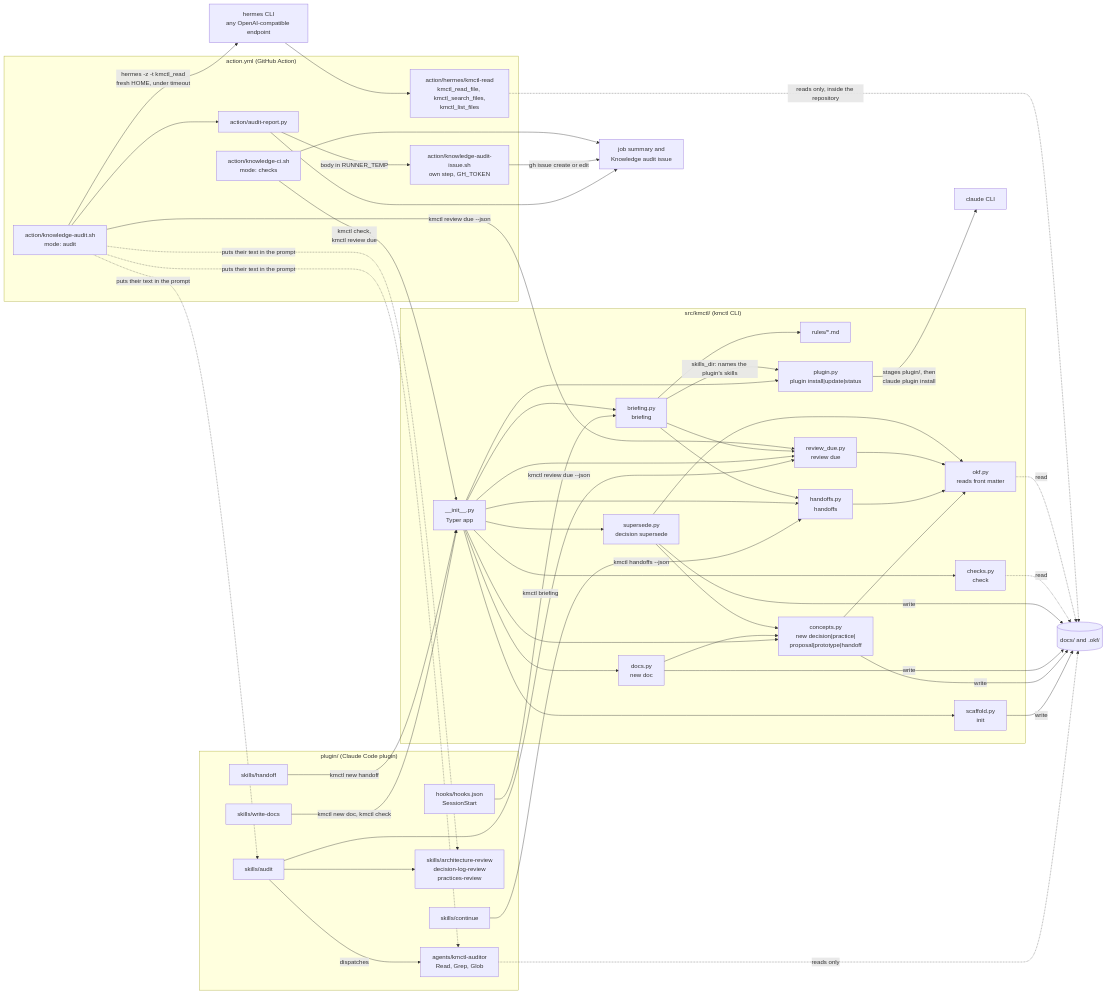
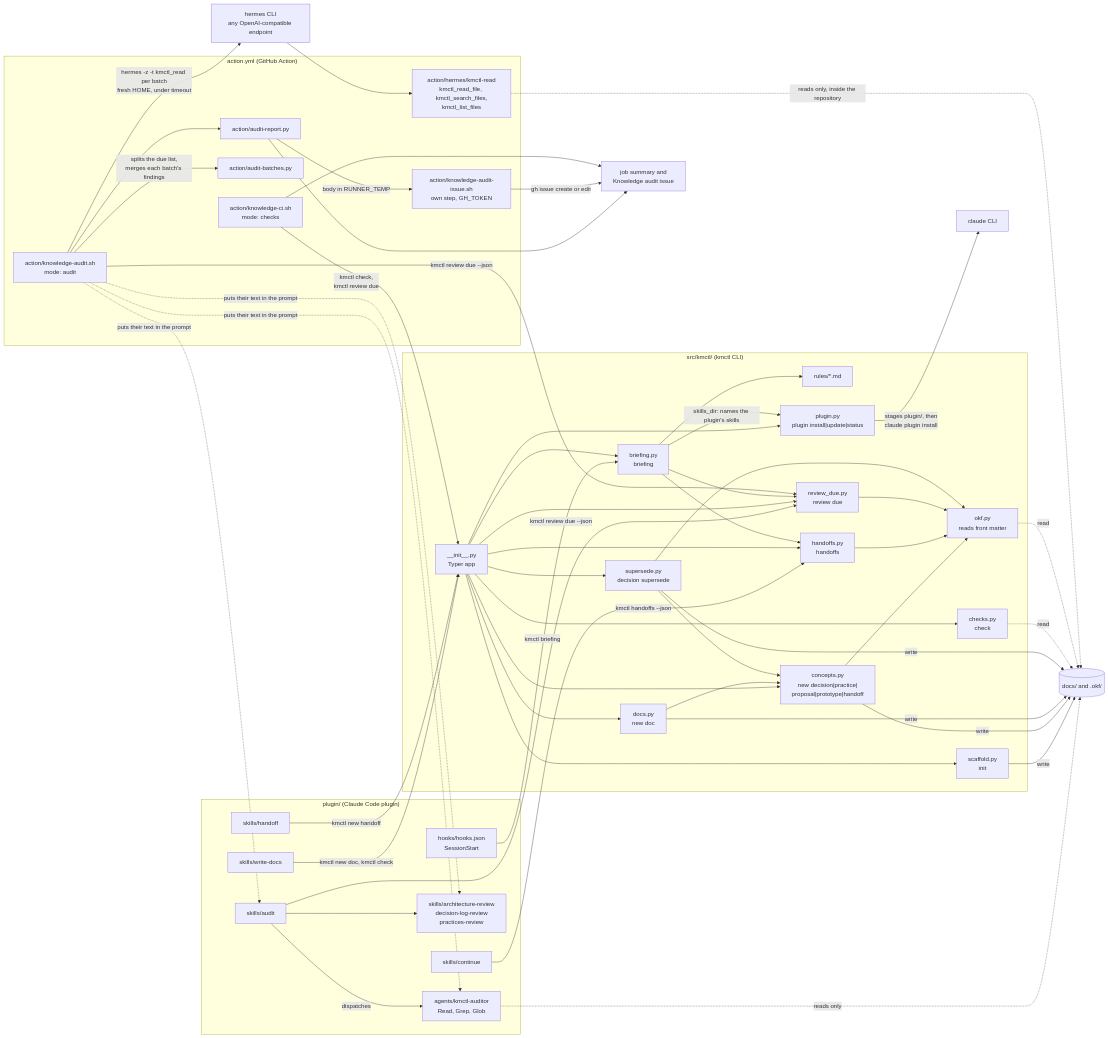
The diagram in .okf/architecture/overview.md (JasperHG90/kmctl), drawn with Mermaid before and after one commit. The commit also changed other lines of this file and 4 other files, not shown here.

First line of the commit message:
Run the Hermes audit per batch under one time budget

````diff
--- a/.okf/architecture/overview.md
+++ b/.okf/architecture/overview.md
@@ -20,69 +20,71 @@
 ```mermaid
 flowchart LR
     subgraph plugin["plugin/ (Claude Code plugin)"]
         hook["hooks/hooks.json<br/>SessionStart"]
         writeDocs["skills/write-docs"]
         handoff["skills/handoff"]
         cont["skills/continue"]
         audit["skills/audit"]
         reviews["skills/architecture-review<br/>decision-log-review<br/>practices-review"]
         auditor["agents/kmctl-auditor<br/>Read, Grep, Glob"]
     end
 
     subgraph cli["src/kmctl/ (kmctl CLI)"]
         app["__init__.py<br/>Typer app"]
         scaffold["scaffold.py<br/>init"]
         checks["checks.py<br/>check"]
         briefing["briefing.py<br/>briefing"]
         rules["rules/*.md"]
         reviewDue["review_due.py<br/>review due"]
         handoffs["handoffs.py<br/>handoffs"]
         concepts["concepts.py<br/>new decision|practice|<br/>proposal|prototype|handoff"]
         docs["docs.py<br/>new doc"]
         supersede["supersede.py<br/>decision supersede"]
         pluginPy["plugin.py<br/>plugin install|update|status"]
         okf["okf.py<br/>reads front matter"]
     end
 
     subgraph action["action.yml (GitHub Action)"]
         ci["action/knowledge-ci.sh<br/>mode: checks"]
         auditSh["action/knowledge-audit.sh<br/>mode: audit"]
+        batchesPy["action/audit-batches.py"]
         report["action/audit-report.py"]
         readTools["action/hermes/kmctl-read<br/>kmctl_read_file, kmctl_search_files,<br/>kmctl_list_files"]
         issueSh["action/knowledge-audit-issue.sh<br/>own step, GH_TOKEN"]
     end
 
     repo[("docs/ and .okf/")]
     claude["claude CLI"]
     hermes["hermes CLI<br/>any OpenAI-compatible endpoint"]
     summary["job summary and<br/>Knowledge audit issue"]
 
     hook -- "kmctl briefing" --> briefing
     writeDocs -- "kmctl new doc, kmctl check" --> app
     handoff -- "kmctl new handoff" --> app
     cont -- "kmctl handoffs --json" --> handoffs
     audit -- "kmctl review due --json" --> reviewDue
     audit --> reviews
     audit -- "dispatches" --> auditor
     auditor -. "reads only" .-> repo
 
     app --> scaffold & checks & briefing & reviewDue & handoffs & concepts & docs & supersede & pluginPy
     briefing --> reviewDue & handoffs & rules
     briefing -- "skills_dir: names the plugin's skills" --> pluginPy
     concepts & handoffs & reviewDue & supersede --> okf
     docs & supersede --> concepts
     scaffold & concepts & docs & supersede -- "write" --> repo
     checks & okf -. "read" .-> repo
     pluginPy -- "stages plugin/, then<br/>claude plugin install" --> claude
 
     ci -- "kmctl check,<br/>kmctl review due" --> app
     auditSh -- "kmctl review due --json" --> reviewDue
     auditSh -. "puts their text in the prompt" .-> audit & reviews & auditor
-    auditSh -- "hermes -z -t kmctl_read<br/>fresh HOME, under timeout" --> hermes
+    auditSh -- "splits the due list,<br/>merges each batch's findings" --> batchesPy
+    auditSh -- "hermes -z -t kmctl_read per batch<br/>fresh HOME, under timeout" --> hermes
     hermes --> readTools
     readTools -. "reads only, inside the repository" .-> repo
     auditSh --> report --> summary
     report -- "body in RUNNER_TEMP" --> issueSh
     issueSh -- "gh issue create or edit" --> summary
     ci --> summary
 ```
````
